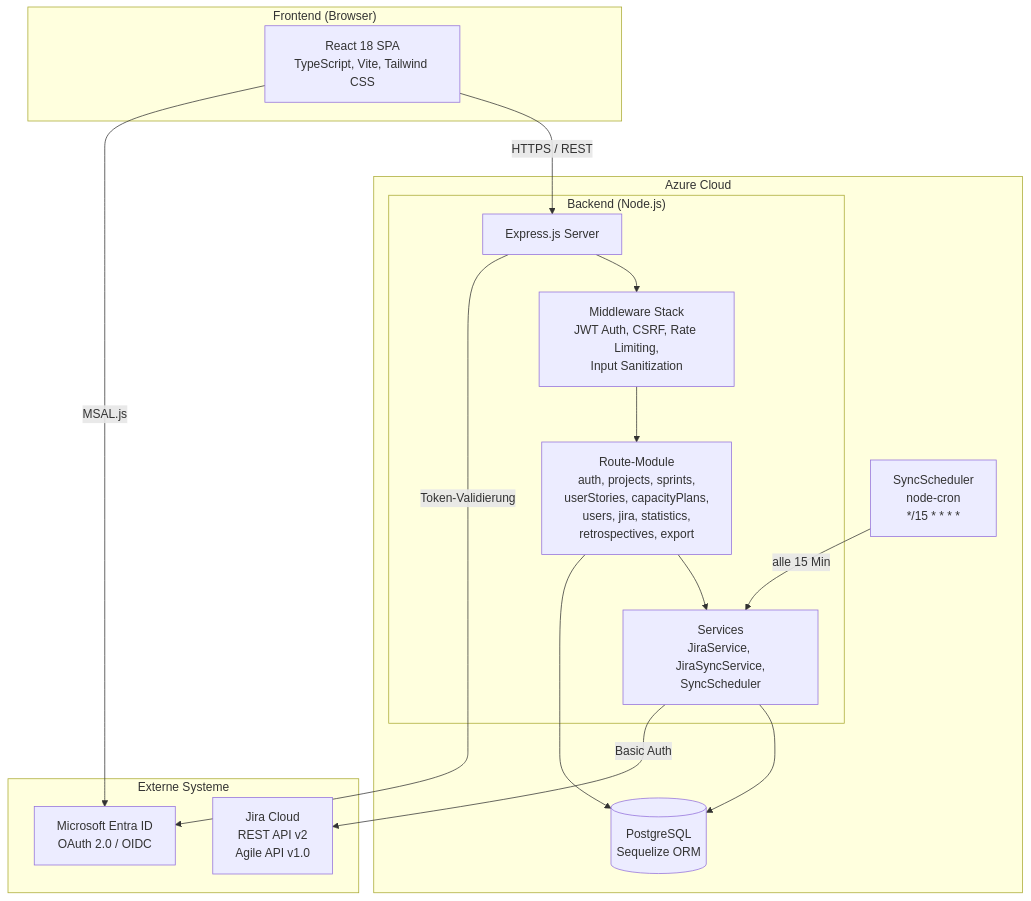
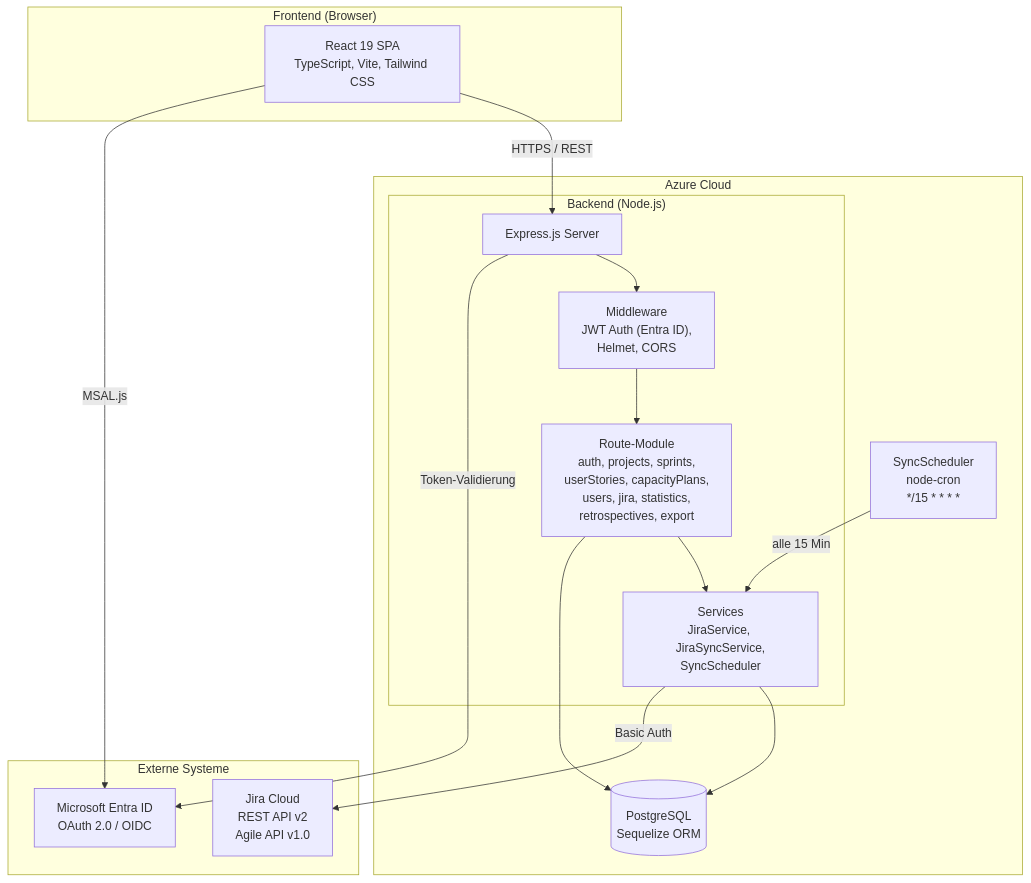
The first of 3 diagrams in docs/Anhang_D_Technische_Dokumentation.md (Timohone/sprintify), drawn with Mermaid before and after one commit. The commit also changed other lines of this file and 28 other files, not shown here.

````diff
--- a/docs/Anhang_D_Technische_Dokumentation.md
+++ b/docs/Anhang_D_Technische_Dokumentation.md
@@ -5,32 +5,32 @@
 ```mermaid
 graph TB
     subgraph Client["Frontend (Browser)"]
-        SPA["React 18 SPA<br/>TypeScript, Vite, Tailwind CSS"]
+        SPA["React 19 SPA<br/>TypeScript, Vite, Tailwind CSS"]
     end
 
     subgraph Azure["Azure Cloud"]
         subgraph Backend["Backend (Node.js)"]
             Express["Express.js Server"]
-            MW["Middleware Stack<br/>JWT Auth, CSRF, Rate Limiting,<br/>Input Sanitization"]
+            MW["Middleware<br/>JWT Auth (Entra ID),<br/>Helmet, CORS"]
             Routes["Route-Module<br/>auth, projects, sprints,<br/>userStories, capacityPlans,<br/>users, jira, statistics,<br/>retrospectives, export"]
             Services["Services<br/>JiraService, JiraSyncService,<br/>SyncScheduler"]
         end
         DB[("PostgreSQL<br/>Sequelize ORM")]
         Scheduler["SyncScheduler<br/>node-cron<br/>*/15 * * * *"]
     end
 
     subgraph External["Externe Systeme"]
         EntraID["Microsoft Entra ID<br/>OAuth 2.0 / OIDC"]
         Jira["Jira Cloud<br/>REST API v2<br/>Agile API v1.0"]
     end
 
     SPA -->|"HTTPS / REST"| Express
     Express --> MW --> Routes
     Routes --> Services
     Routes --> DB
     Services --> DB
     Services -->|"Basic Auth"| Jira
     SPA -->|"MSAL.js"| EntraID
     Express -->|"Token-Validierung"| EntraID
     Scheduler -->|"alle 15 Min"| Services
 ```
````
